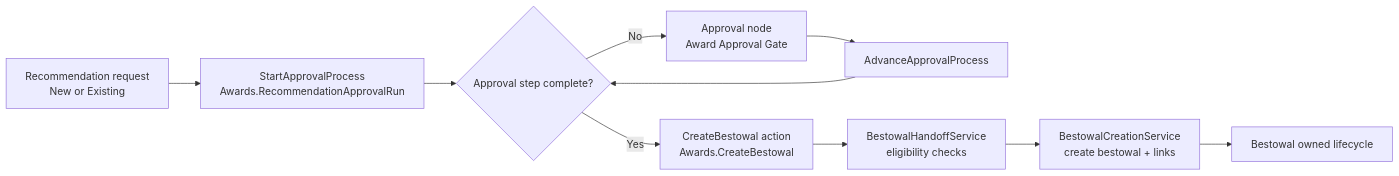
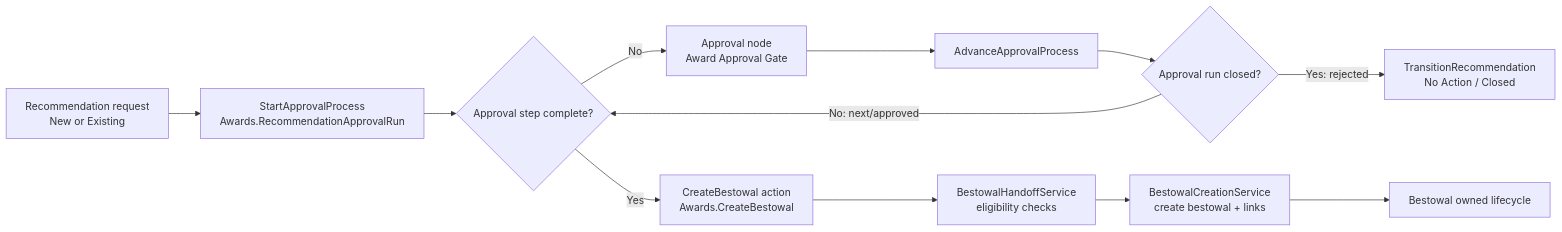
The first of 6 diagrams in app/docs/awards-recommendation-bestowal-workflow-diagrams.md (Ansteorra/KMP), drawn with Mermaid before and after one commit. The commit also changed other lines of this file and 20 other files, not shown here.

````diff
--- a/app/docs/awards-recommendation-bestowal-workflow-diagrams.md
+++ b/app/docs/awards-recommendation-bestowal-workflow-diagrams.md
@@ -7,12 +7,14 @@
 ```mermaid
 flowchart LR
     A["Recommendation request<br/>New or Existing"] --> B["StartApprovalProcess<br/>Awards.RecommendationApprovalRun"]
     B --> C{"Approval step complete?"}
     C -- "No" --> D["Approval node<br/>Award Approval Gate"]
     D --> E["AdvanceApprovalProcess"]
-    E --> C
+    E --> J{"Approval run closed?"}
+    J -- "No: next/approved" --> C
+    J -- "Yes: rejected" --> K["TransitionRecommendation<br/>No Action / Closed"]
     C -- "Yes" --> F["CreateBestowal action<br/>Awards.CreateBestowal"]
     F --> G["BestowalHandoffService<br/>eligibility checks"]
     G --> H["BestowalCreationService<br/>create bestowal + links"]
     H --> I["Bestowal owned lifecycle"]
 ```
````
